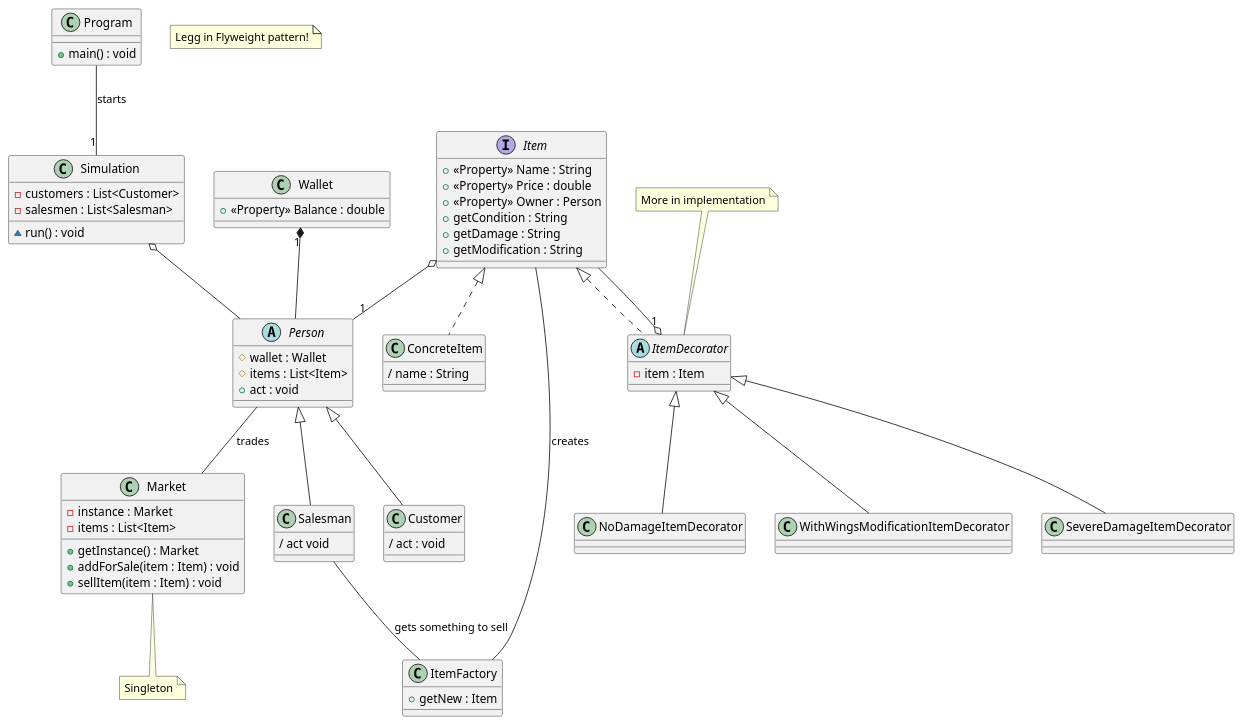
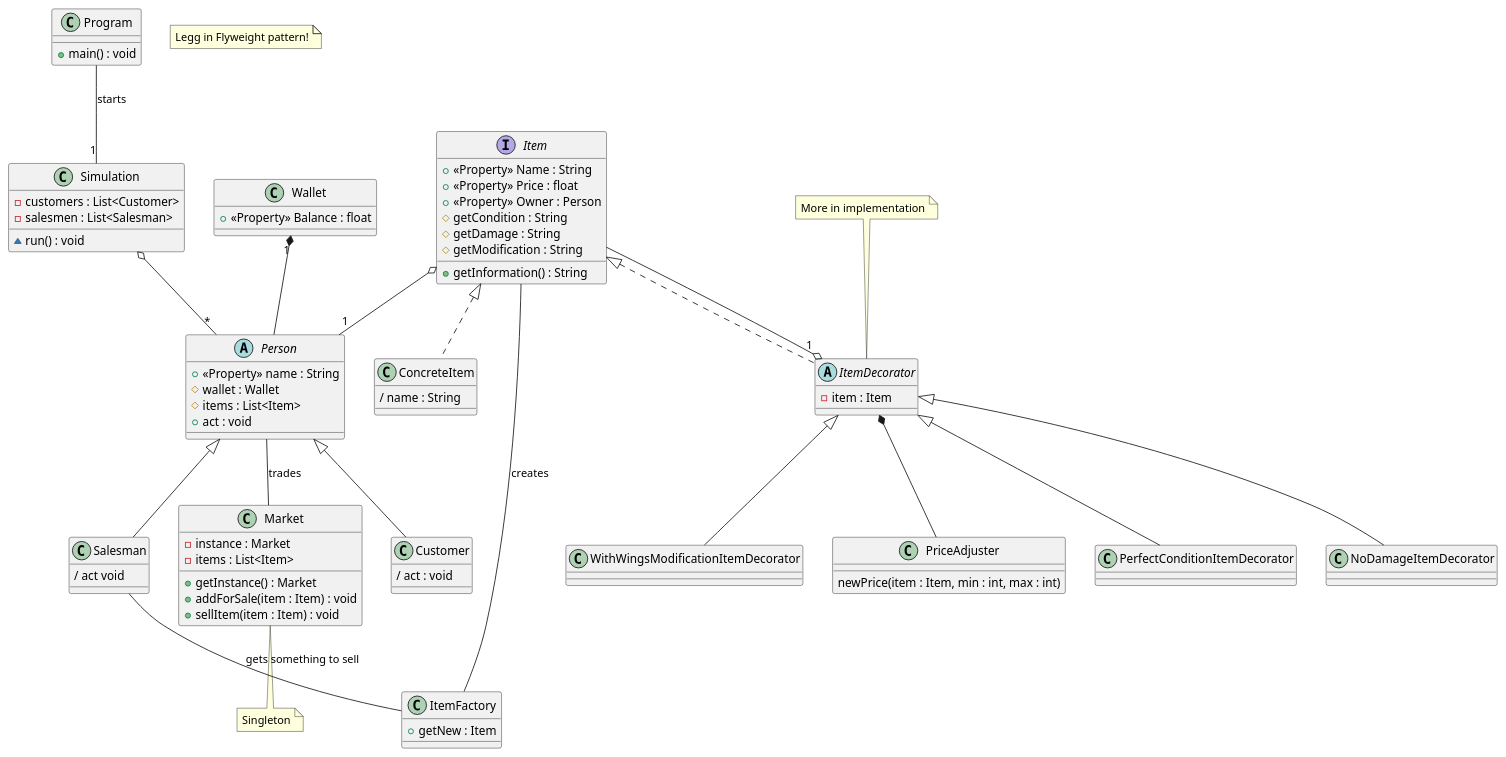
Before and after one commit to olaven/exam-PG3300: the diagram in diagrams/class/class.puml, drawn with PlantUML. The commit also changed 29 other files, not shown here.

Commit message:
started on decorator-item-part

```diff
--- a/diagrams/class/class.puml
+++ b/diagrams/class/class.puml
@@ -1,92 +1,100 @@
 @startuml Class diagram 
 
 
 interface Item {
     + <<Property>> Name : String 
-    + <<Property>> Price : double 
+    + <<Property>> Price : float 
     + <<Property>> Owner : Person 
-    + getCondition : String
-    + getDamage : String
-    + getModification : String
+    # getCondition : String
+    # getDamage : String
+    # getModification : String
+    + getInformation() : String 
 }
 
 Item o-- "1" Person 
 
 class ConcreteItem implements Item {
     / name : String 
 }
 
 abstract ItemDecorator implements Item {
     - item : Item 
 }
 
+class PriceAdjuster {
+    newPrice(item : Item, min : int, max : int)
+}
+
+ItemDecorator *-- PriceAdjuster 
+
 ItemDecorator "1" o-- Item 
 
 
-class SevereDamageItemDecorator extends ItemDecorator
+class PerfectConditionItemDecorator extends ItemDecorator
 class NoDamageItemDecorator extends ItemDecorator
 class WithWingsModificationItemDecorator extends ItemDecorator
 
 note "More in implementation" as MoreInImplementation
 MoreInImplementation .. ItemDecorator
 
 class ItemFactory {
     + getNew : Item  
 }
 
 ItemFactory -- Item : creates 
 
 class Wallet {
-    + <<Property>> Balance : double 
+    + <<Property>> Balance : float 
 }
 
 abstract Person {
+    + <<Property>> name : String 
     # wallet : Wallet 
     # items : List<Item> 
     + act : void 
 }
 
 Wallet "1" *-- Person
 Person -- Market : trades 
 
 
 class Customer extends Person {
     / act : void 
 }
 
 class Salesman extends Person {
     / act void 
 }
 
 note "Singleton" as singleton
 class Market {
     - instance : Market
     - items : List<Item>
     + getInstance() : Market   
     + addForSale(item : Item) : void  
     + sellItem(item : Item) : void 
 }
 
 Market .. singleton
 
 
 class Program { 
     + main() : void
 }
 
 class Simulation {
     - customers : List<Customer> 
     - salesmen : List<Salesman> 
     ~ run() : void 
 }
 
 Program -- "1" Simulation : starts
-Simulation o-- Person
+Simulation o-- "*" Person
 
 note "Legg in Flyweight pattern!" as flnote
 
 
 Salesman -- ItemFactory : gets something to sell 
 
 
 @enduml
```
